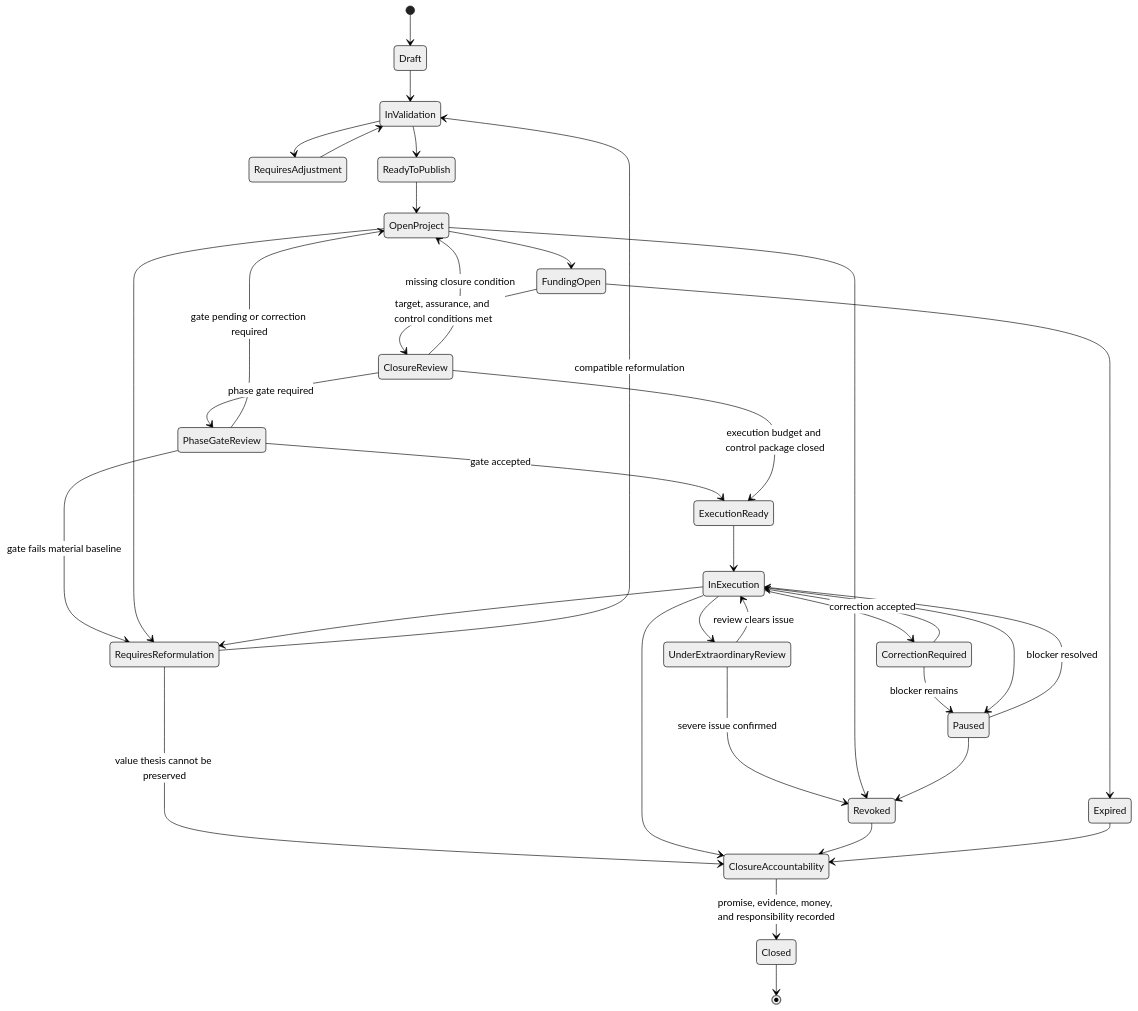
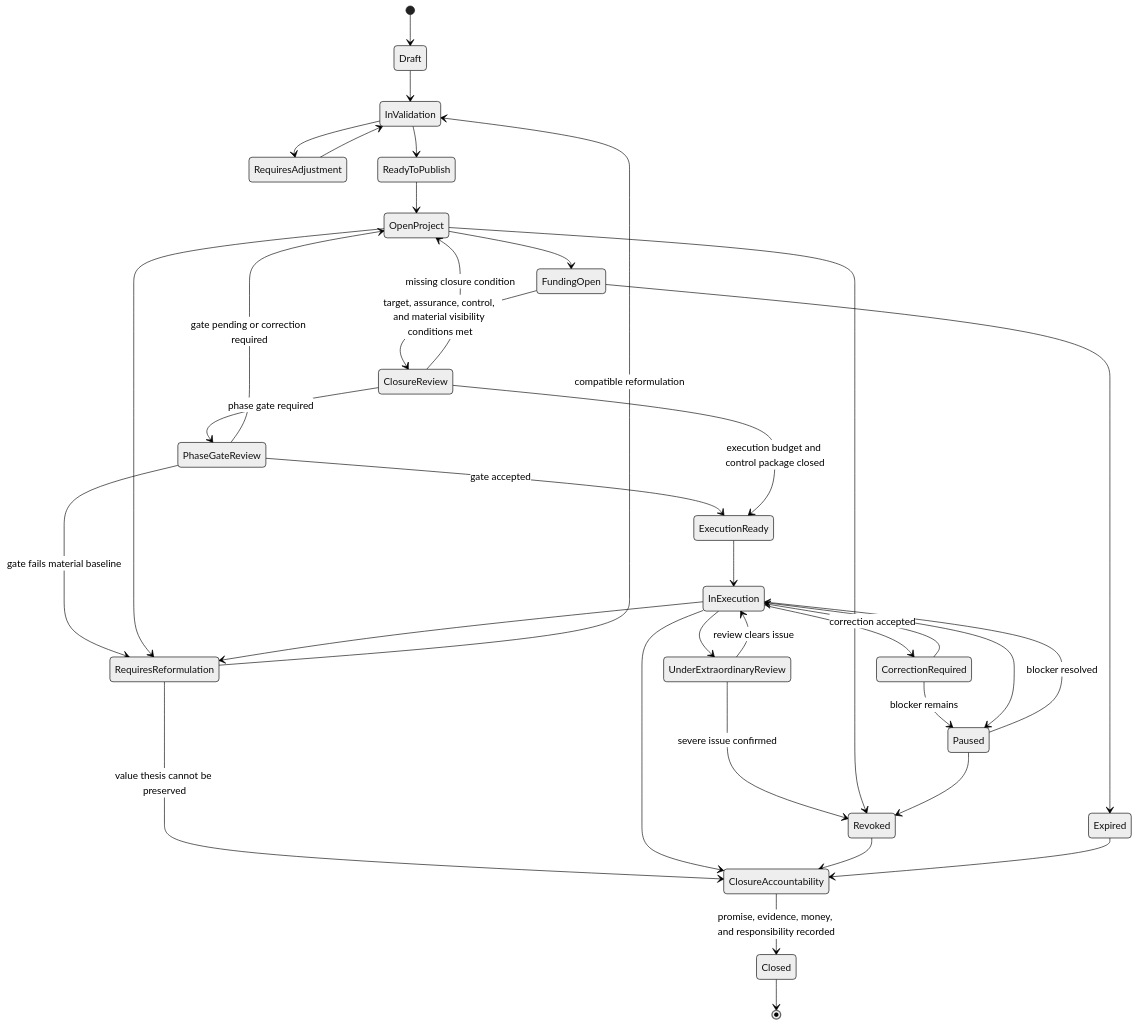
Before and after one commit to moffermann/distributed-governance-research: the diagram in docs/diagrams/v0-project-lifecycle-state.md, drawn with Mermaid (neutral theme). The commit also changed other lines of this file and 26 other files, not shown here.

First line of the commit message:
Propagate A002 material visibility

````diff
--- a/docs/diagrams/v0-project-lifecycle-state.md
+++ b/docs/diagrams/v0-project-lifecycle-state.md
@@ -9,43 +9,43 @@
 ```mermaid
 stateDiagram-v2
     [*] --> Draft
     Draft --> InValidation
     InValidation --> RequiresAdjustment
     RequiresAdjustment --> InValidation
     InValidation --> ReadyToPublish
     ReadyToPublish --> OpenProject
 
     OpenProject --> FundingOpen
-    FundingOpen --> ClosureReview: target, assurance, and control conditions met
+    FundingOpen --> ClosureReview: target, assurance, control, and material visibility conditions met
     ClosureReview --> OpenProject: missing closure condition
     ClosureReview --> PhaseGateReview: phase gate required
     PhaseGateReview --> OpenProject: gate pending or correction required
     PhaseGateReview --> RequiresReformulation: gate fails material baseline
     PhaseGateReview --> ExecutionReady: gate accepted
     ClosureReview --> ExecutionReady: execution budget and control package closed
 
     ExecutionReady --> InExecution
     InExecution --> CorrectionRequired
     CorrectionRequired --> InExecution: correction accepted
     CorrectionRequired --> Paused: blocker remains
     InExecution --> Paused
     Paused --> InExecution: blocker resolved
 
     OpenProject --> RequiresReformulation
     InExecution --> RequiresReformulation
     RequiresReformulation --> InValidation: compatible reformulation
     RequiresReformulation --> ClosureAccountability: value thesis cannot be preserved
 
     InExecution --> UnderExtraordinaryReview
     UnderExtraordinaryReview --> InExecution: review clears issue
     UnderExtraordinaryReview --> Revoked: severe issue confirmed
 
     FundingOpen --> Expired
     OpenProject --> Revoked
     Paused --> Revoked
     InExecution --> ClosureAccountability
     Revoked --> ClosureAccountability
     Expired --> ClosureAccountability
     ClosureAccountability --> Closed: promise, evidence, money, and responsibility recorded
     Closed --> [*]
 ```
````
